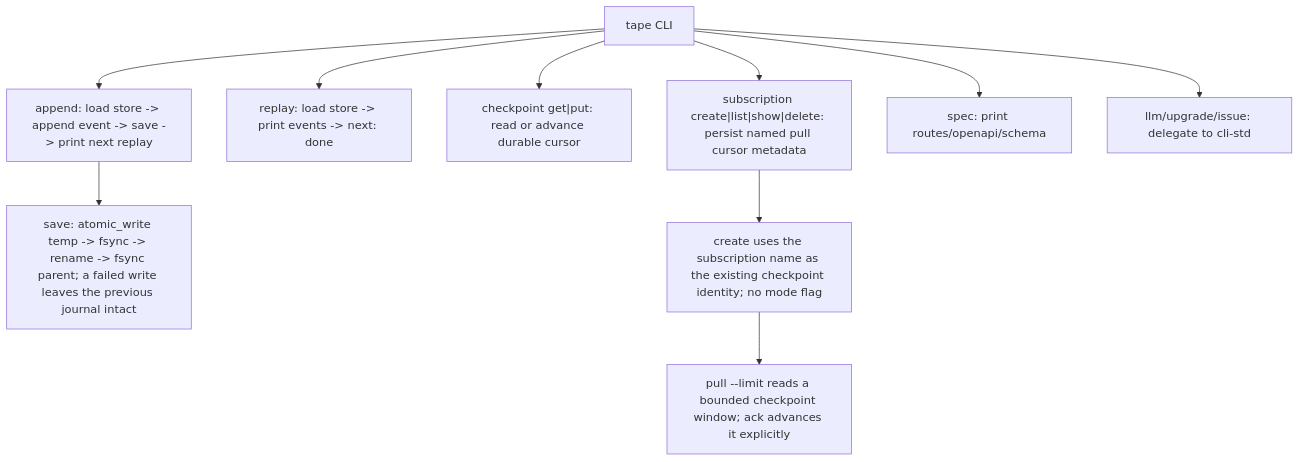
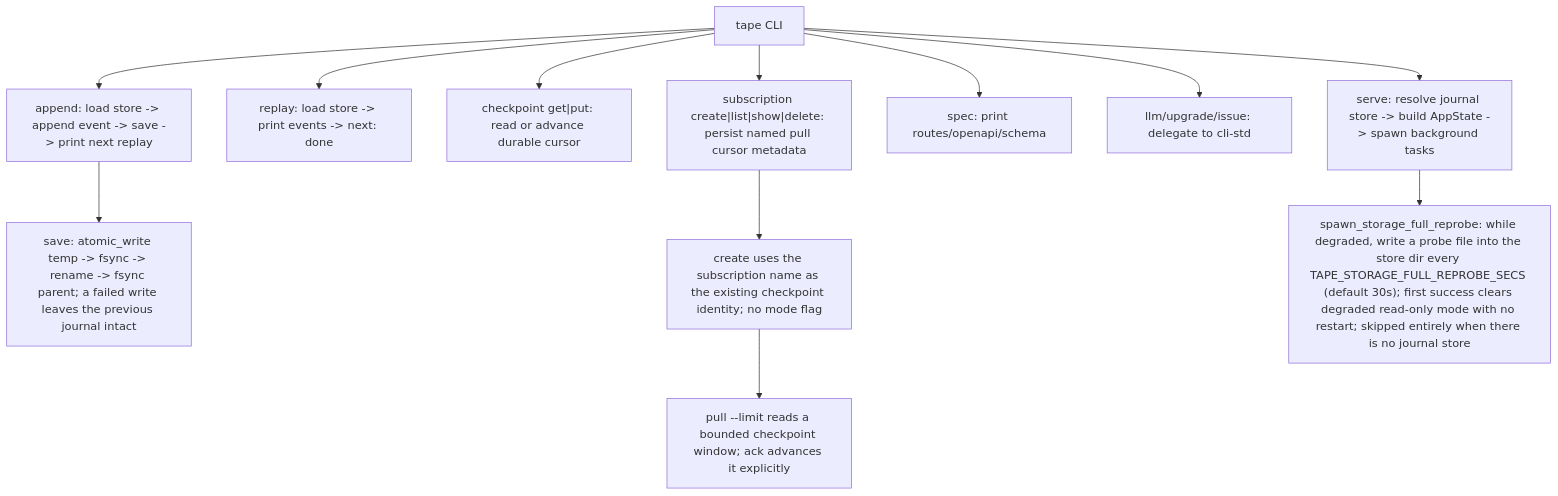
One commit to chrischeng-c4/axiom changed the first of 2 diagrams in apps/tape/tech-design/semantic/source/apps-tape-src-bin-tape-rs.md. Above: the diagram before and after it, drawn with Mermaid. The commit also changed other lines of this file and 9 other files, not shown here.

````diff
--- a/apps/tape/tech-design/semantic/source/apps-tape-src-bin-tape-rs.md
+++ b/apps/tape/tech-design/semantic/source/apps-tape-src-bin-tape-rs.md
@@ -52,15 +52,17 @@
 ```mermaid
 ---
 id: tape-td-flow
 ---
 flowchart TD
     cli["tape CLI"] --> append["append: load store -> append event -> save -> print next replay"]
     append --> save_durable["save: atomic_write temp -> fsync -> rename -> fsync parent; a failed write leaves the previous journal intact"]
     cli --> replay["replay: load store -> print events -> next: done"]
     cli --> checkpoint["checkpoint get|put: read or advance durable cursor"]
     cli --> subscription["subscription create|list|show|delete: persist named pull cursor metadata"]
     subscription --> pull_identity["create uses the subscription name as the existing checkpoint identity; no mode flag"]
     pull_identity --> pull_window["pull --limit reads a bounded checkpoint window; ack advances it explicitly"]
     cli --> spec["spec: print routes/openapi/schema"]
     cli --> std["llm/upgrade/issue: delegate to cli-std"]
+    cli --> serve["serve: resolve journal store -> build AppState -> spawn background tasks"]
+    serve --> reprobe["spawn_storage_full_reprobe: while degraded, write a probe file into the store dir every TAPE_STORAGE_FULL_REPROBE_SECS (default 30s); first success clears degraded read-only mode with no restart; skipped entirely when there is no journal store"]
 ```
````
